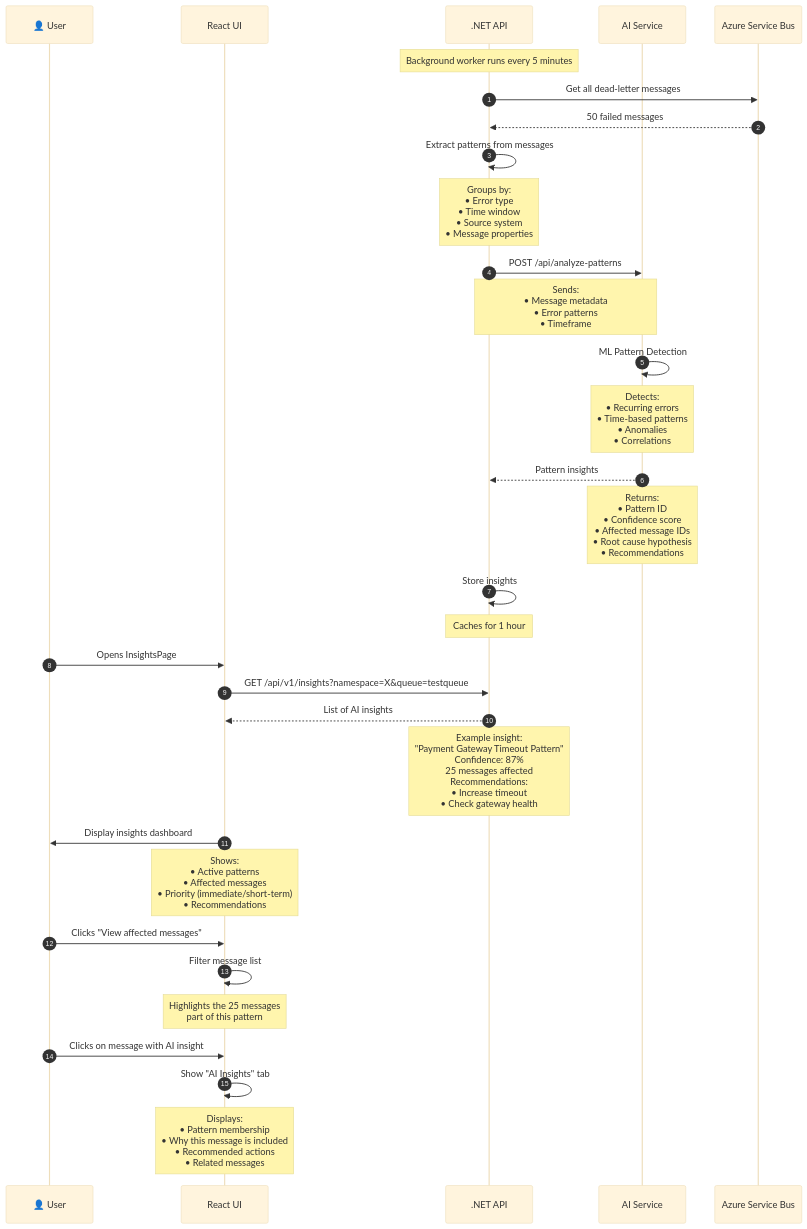
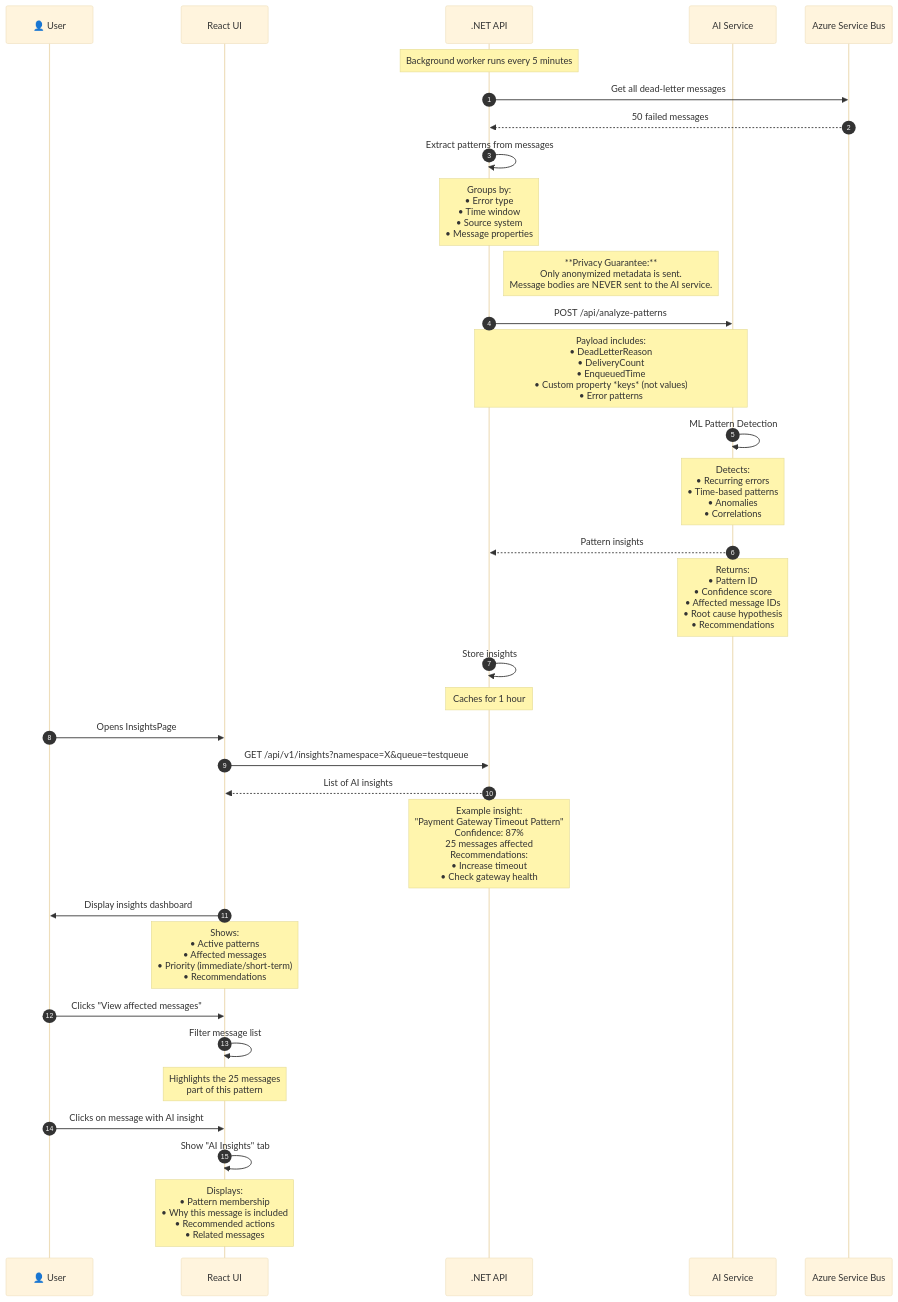
Before and after one commit to debdevops/servicehub: the sixth of 12 diagrams in docs/COMPREHENSIVE-GUIDE.md, drawn with Mermaid. The commit also changed other lines of this file, not shown here.

````diff
--- a/docs/COMPREHENSIVE-GUIDE.md
+++ b/docs/COMPREHENSIVE-GUIDE.md
@@ -446,51 +456,52 @@
 ```mermaid
 %%{init: {'theme':'base', 'themeVariables': { 'fontSize':'16px'}}}%%
 sequenceDiagram
     autonumber
     
     participant User as 👤 User
     participant UI as React UI
     participant API as .NET API
     participant AIService as AI Service
     participant Azure as Azure Service Bus
     
     Note over API: Background worker runs every 5 minutes
     
     API->>Azure: Get all dead-letter messages
     Azure-->>API: 50 failed messages
     
     API->>API: Extract patterns from messages
     Note over API: Groups by:<br/>• Error type<br/>• Time window<br/>• Source system<br/>• Message properties
     
+    Note right of API: **Privacy Guarantee:**<br/>Only anonymized metadata is sent.<br/>Message bodies are NEVER sent to the AI service.
     API->>AIService: POST /api/analyze-patterns
-    Note over API,AIService: Sends:<br/>• Message metadata<br/>• Error patterns<br/>• Timeframe
+    Note over API,AIService: Payload includes:<br/>• DeadLetterReason<br/>• DeliveryCount<br/>• EnqueuedTime<br/>• Custom property *keys* (not values)<br/>• Error patterns
     
     AIService->>AIService: ML Pattern Detection
     Note over AIService: Detects:<br/>• Recurring errors<br/>• Time-based patterns<br/>• Anomalies<br/>• Correlations
     
     AIService-->>API: Pattern insights
     Note over AIService: Returns:<br/>• Pattern ID<br/>• Confidence score<br/>• Affected message IDs<br/>• Root cause hypothesis<br/>• Recommendations
     
     API->>API: Store insights
     Note over API: Caches for 1 hour
     
     User->>UI: Opens InsightsPage
     
     UI->>API: GET /api/v1/insights?namespace=X&queue=testqueue
     
     API-->>UI: List of AI insights
     Note over API: Example insight:<br/>"Payment Gateway Timeout Pattern"<br/>Confidence: 87%<br/>25 messages affected<br/>Recommendations:<br/>• Increase timeout<br/>• Check gateway health
     
     UI->>User: Display insights dashboard
     Note over UI: Shows:<br/>• Active patterns<br/>• Affected messages<br/>• Priority (immediate/short-term)<br/>• Recommendations
     
     User->>UI: Clicks "View affected messages"
     
     UI->>UI: Filter message list
     Note over UI: Highlights the 25 messages<br/>part of this pattern
     
     User->>UI: Clicks on message with AI insight
     
     UI->>UI: Show "AI Insights" tab
     Note over UI: Displays:<br/>• Pattern membership<br/>• Why this message is included<br/>• Recommended actions<br/>• Related messages
 ```
````
